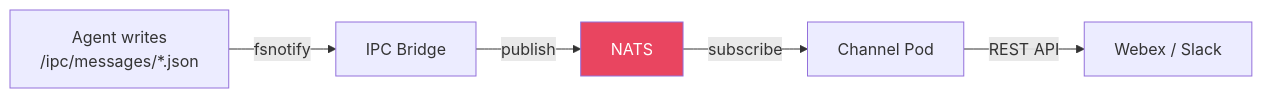
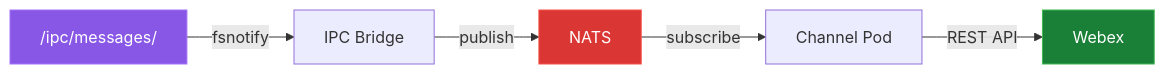
Before and after one commit to artdroz/deep-agents-demo: the fifth of 6 diagrams in ARCHITECTURE.md, drawn with Mermaid. The commit also changed other lines of this file, not shown here.

First line of the commit message:
docs: fix diagram contrast and state diagram parse error

````diff
--- a/ARCHITECTURE.md
+++ b/ARCHITECTURE.md
@@ -155,9 +167,11 @@
 ```mermaid
 graph LR
-    A["Agent writes<br/>/ipc/messages/*.json"] -->|fsnotify| B["IPC Bridge"]
+    A["/ipc/messages/"] -->|fsnotify| B["IPC Bridge"]
     B -->|publish| C["NATS"]
     C -->|subscribe| D["Channel Pod"]
-    D -->|REST API| E["Webex / Slack"]
+    D -->|REST API| E["Webex"]
 
-    style C fill:#e94560,color:#fff
+    style A fill:#8957e5,stroke:#a371f7,color:#fff
+    style C fill:#da3633,stroke:#f85149,color:#fff
+    style E fill:#1a7f37,stroke:#3fb950,color:#fff
 ```
````
